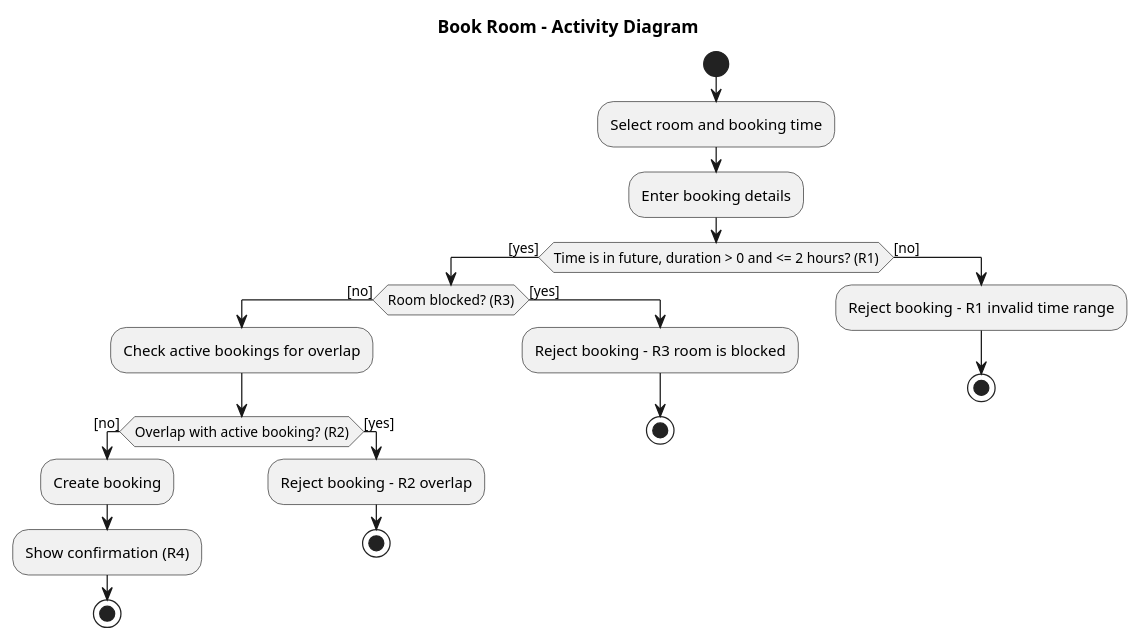
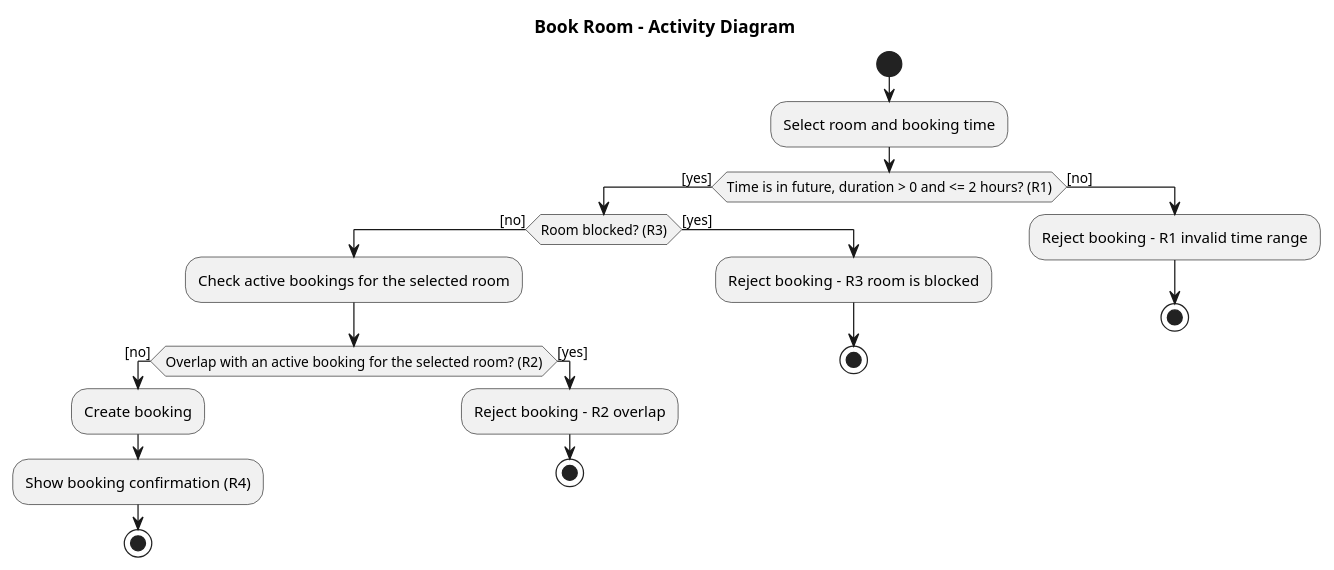
Before and after one commit to ZhagiparIIDidar/SE-practice: the diagram in week-04/models/activity.puml, drawn with PlantUML. The commit also changed 3 other files, not shown here.

```diff
--- a/week-04/models/activity.puml
+++ b/week-04/models/activity.puml
@@ -1,34 +1,33 @@
 @startuml
 title Book Room - Activity Diagram
 
 start
 
 :Select room and booking time;
-:Enter booking details;
 
 if (Time is in future, duration > 0 and <= 2 hours? (R1)) then ([yes])
-    
+
     if (Room blocked? (R3)) then ([no])
-        
-        :Check active bookings for overlap;
-        
-        if (Overlap with active booking? (R2)) then ([no])
+
+        :Check active bookings for the selected room;
+
+        if (Overlap with an active booking for the selected room? (R2)) then ([no])
             :Create booking;
-            :Show confirmation (R4);
+            :Show booking confirmation (R4);
             stop
         else ([yes])
             :Reject booking - R2 overlap;
             stop
         endif
-        
+
     else ([yes])
         :Reject booking - R3 room is blocked;
         stop
     endif
-    
+
 else ([no])
     :Reject booking - R1 invalid time range;
     stop
 endif
 
 @enduml
```
